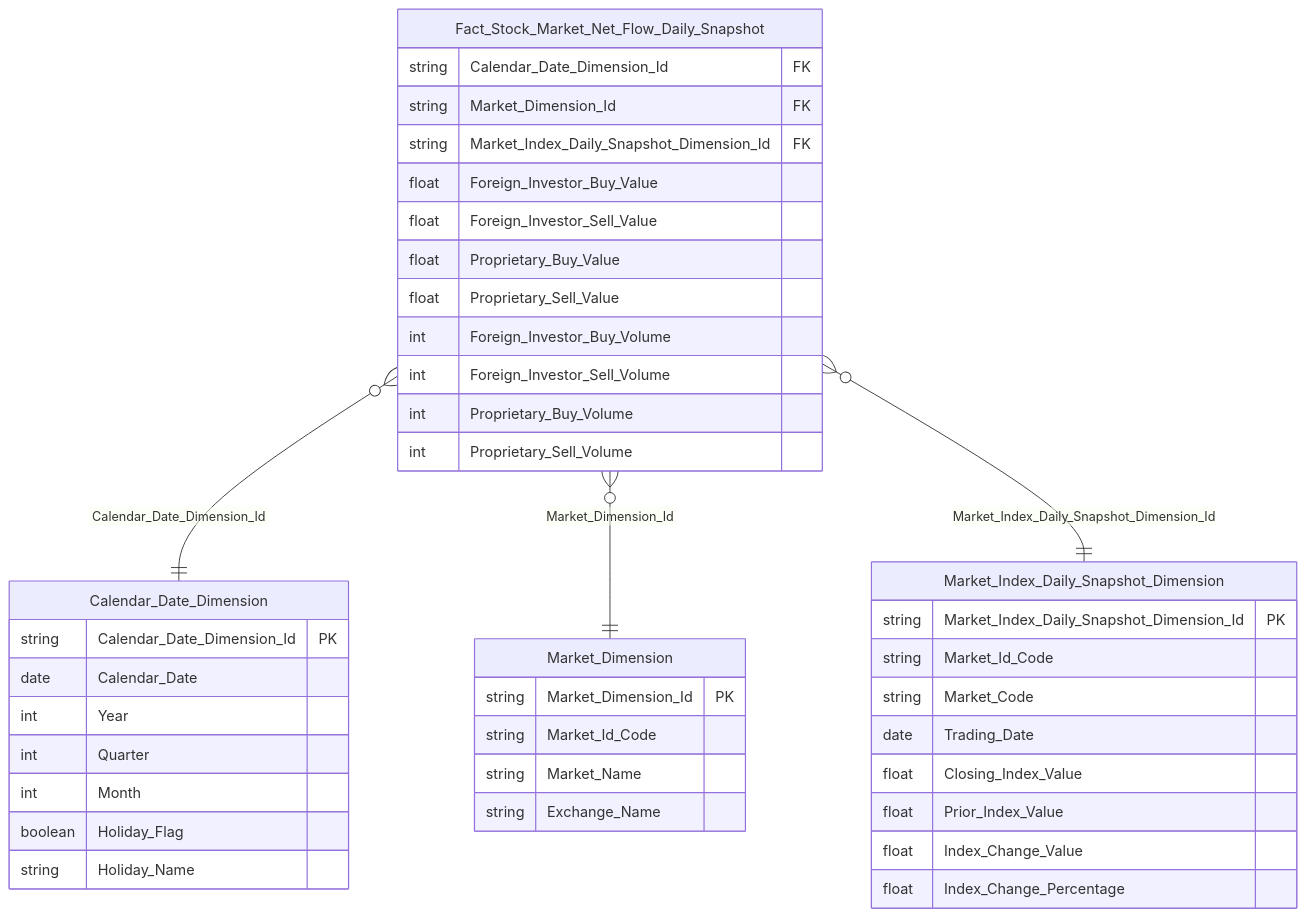
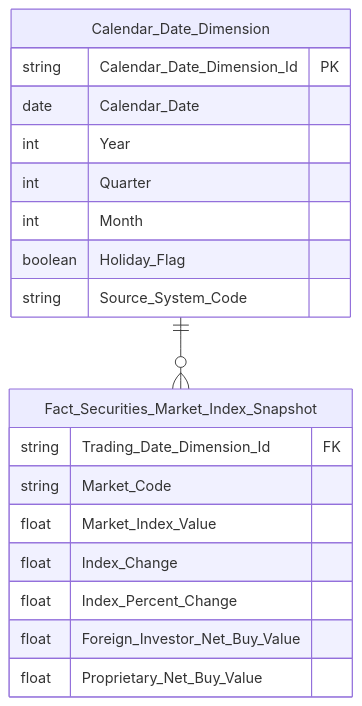
One commit to linhlvit/ubck_atomic_design changed the eighth of 22 diagrams in Datamart/hld/DTM_VP_HLD.md. Above: the diagram before and after it, drawn with Mermaid. The commit also changed other lines of this file and 14 other files, not shown here.

````diff
--- a/Datamart/hld/DTM_VP_HLD.md
+++ b/Datamart/hld/DTM_VP_HLD.md
@@ -387,44 +278,22 @@
 ```mermaid
 erDiagram
-    Fact_Stock_Market_Net_Flow_Daily_Snapshot {
-        string Calendar_Date_Dimension_Id FK
-        string Market_Dimension_Id FK
-        string Market_Index_Daily_Snapshot_Dimension_Id FK
-        float Foreign_Investor_Buy_Value
-        float Foreign_Investor_Sell_Value
-        float Proprietary_Buy_Value
-        float Proprietary_Sell_Value
-        int Foreign_Investor_Buy_Volume
-        int Foreign_Investor_Sell_Volume
-        int Proprietary_Buy_Volume
-        int Proprietary_Sell_Volume
-    }
     Calendar_Date_Dimension {
         string Calendar_Date_Dimension_Id PK
         date Calendar_Date
         int Year
         int Quarter
         int Month
         boolean Holiday_Flag
-        string Holiday_Name
+        string Source_System_Code
     }
-    Market_Dimension {
-        string Market_Dimension_Id PK
-        string Market_Id_Code
-        string Market_Name
-        string Exchange_Name
+    Fact_Securities_Market_Index_Snapshot {
+        string Trading_Date_Dimension_Id FK
+        string Market_Code
+        float Market_Index_Value
+        float Index_Change
+        float Index_Percent_Change
+        float Foreign_Investor_Net_Buy_Value
+        float Proprietary_Net_Buy_Value
     }
-    Market_Index_Daily_Snapshot_Dimension {
-        string Market_Index_Daily_Snapshot_Dimension_Id PK
-        string Market_Id_Code
-        string Market_Code
-        date Trading_Date
-        float Closing_Index_Value
-        float Prior_Index_Value
-        float Index_Change_Value
-        float Index_Change_Percentage
-    }
-    Fact_Stock_Market_Net_Flow_Daily_Snapshot }o--|| Calendar_Date_Dimension : "Calendar_Date_Dimension_Id"
-    Fact_Stock_Market_Net_Flow_Daily_Snapshot }o--|| Market_Dimension : "Market_Dimension_Id"
-    Fact_Stock_Market_Net_Flow_Daily_Snapshot }o--|| Market_Index_Daily_Snapshot_Dimension : "Market_Index_Daily_Snapshot_Dimension_Id"
+    Calendar_Date_Dimension ||--o{ Fact_Securities_Market_Index_Snapshot : " "
 ```
````
